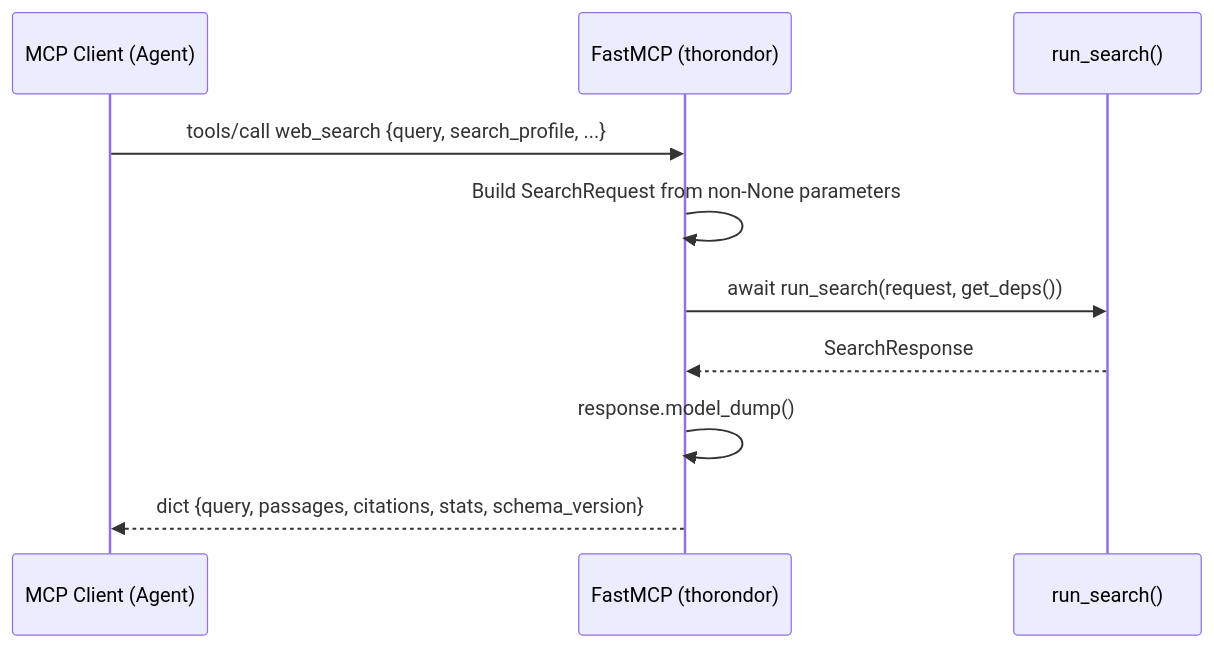
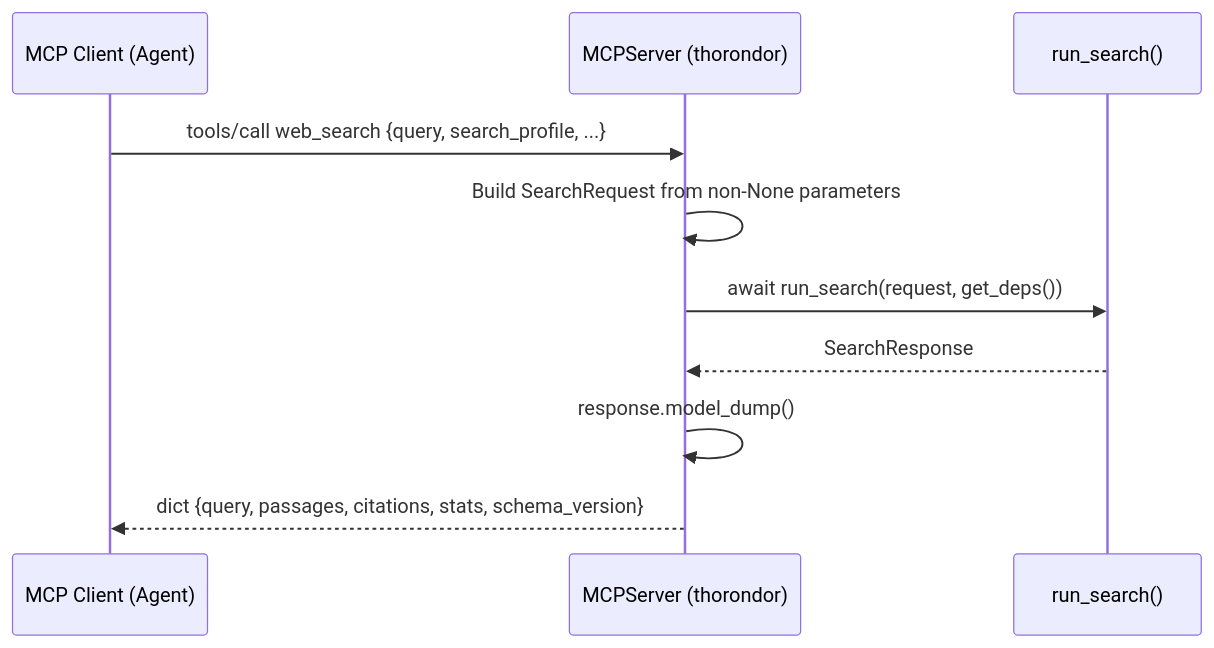
Before and after one commit to FeanorsCodeSL/thorondor: the sixth of 6 diagrams in docs/architecture/pipeline-workflow.md, drawn with Mermaid. The commit also changed 56 other files, not shown here.

````diff
--- a/docs/architecture/pipeline-workflow.md
+++ b/docs/architecture/pipeline-workflow.md
@@ -207,13 +207,13 @@
 ```mermaid
 sequenceDiagram
     participant AgentClient as MCP Client (Agent)
-    participant MCPServer as FastMCP (thorondor)
+    participant MCPServer as MCPServer (thorondor)
     participant Pipeline as run_search()
 
     AgentClient->>MCPServer: tools/call web_search {query, search_profile, ...}
     MCPServer->>MCPServer: Build SearchRequest from non-None parameters
     MCPServer->>Pipeline: await run_search(request, get_deps())
     Pipeline-->>MCPServer: SearchResponse
     MCPServer->>MCPServer: response.model_dump()
     MCPServer-->>AgentClient: dict {query, passages, citations, stats, schema_version}
 ```
````
